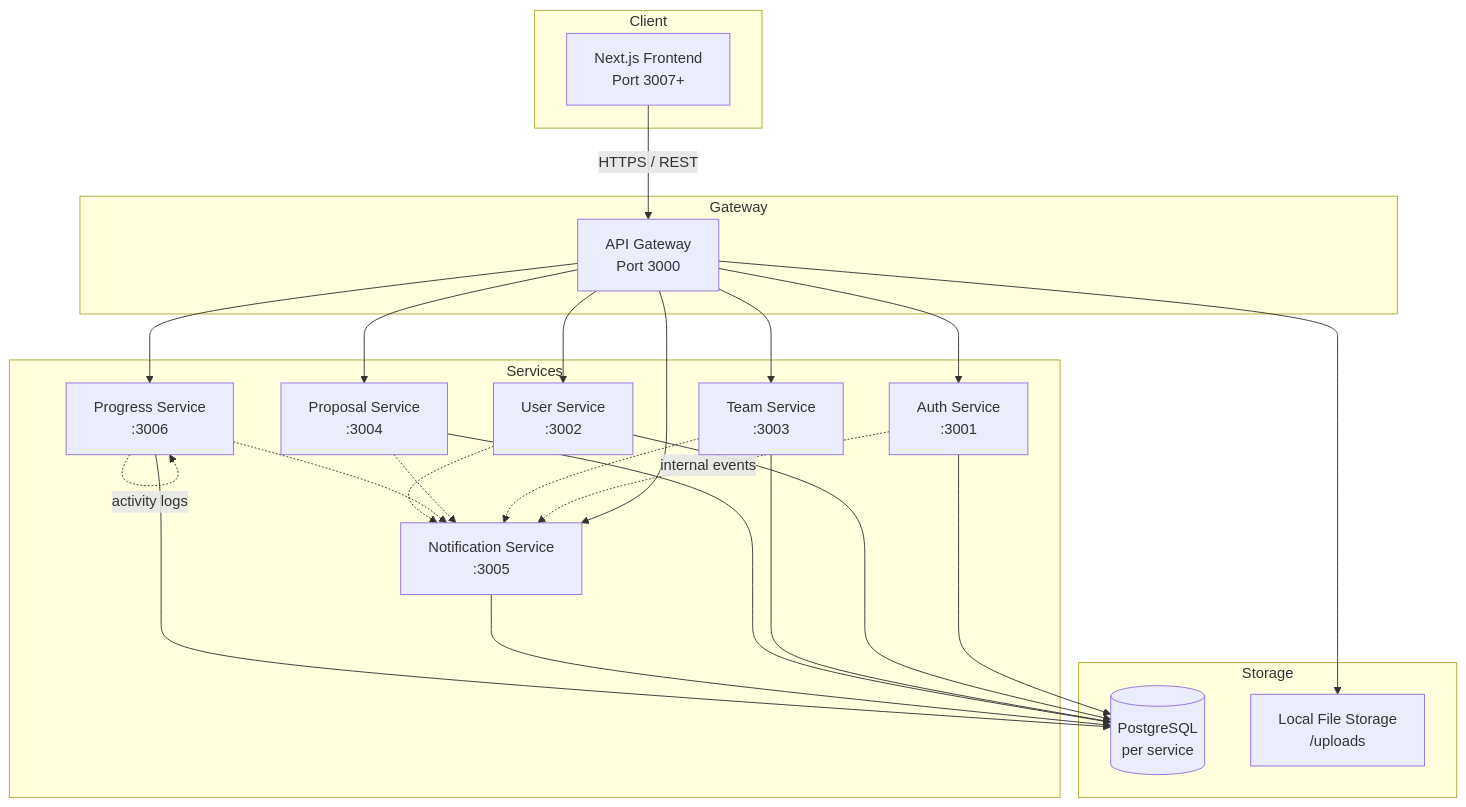
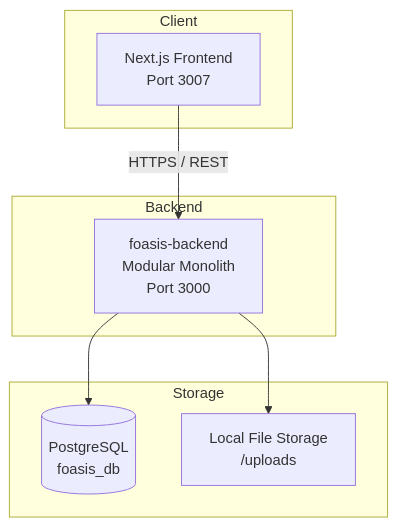
One commit to Muhammad-Subhan456/FYP-Collaboration-Platform changed the first of 6 diagrams in README.md. Above: the diagram before and after it, drawn with Mermaid. The commit also changed other lines of this file and 189 other files, not shown here.

Commit message:
Converted to Monolithic architecture and all testing done

````diff
--- a/README.md
+++ b/README.md
@@ -127,47 +129,19 @@
 ```mermaid
 flowchart TB
     subgraph Client
-        FE[Next.js Frontend<br/>Port 3007+]
+        FE[Next.js Frontend<br/>Port 3007]
     end
 
-    subgraph Gateway
-        GW[API Gateway<br/>Port 3000]
-    end
-
-    subgraph Services
-        AUTH[Auth Service<br/>:3001]
-        USER[User Service<br/>:3002]
-        TEAM[Team Service<br/>:3003]
-        PROP[Proposal Service<br/>:3004]
-        NOTIF[Notification Service<br/>:3005]
-        PROG[Progress Service<br/>:3006]
+    subgraph Backend
+        BE[foasis-backend<br/>Modular Monolith<br/>Port 3000]
     end
 
     subgraph Storage
-        PG[(PostgreSQL<br/>per service)]
+        PG[(PostgreSQL<br/>foasis_db)]
         FS[Local File Storage<br/>/uploads]
     end
 
-    FE -->|HTTPS / REST| GW
-    GW --> AUTH
-    GW --> USER
-    GW --> TEAM
-    GW --> PROP
-    GW --> NOTIF
-    GW --> PROG
-    GW --> FS
-
-    AUTH --> PG
-    USER --> PG
-    TEAM --> PG
-    PROP --> PG
-    NOTIF --> PG
-    PROG --> PG
-
-    AUTH -.->|internal events| NOTIF
-    TEAM -.-> NOTIF
-    PROP -.-> NOTIF
-    PROG -.-> NOTIF
-    USER -.-> NOTIF
-    PROG -.->|activity logs| PROG
+    FE -->|HTTPS / REST| BE
+    BE --> PG
+    BE --> FS
 ```
````
